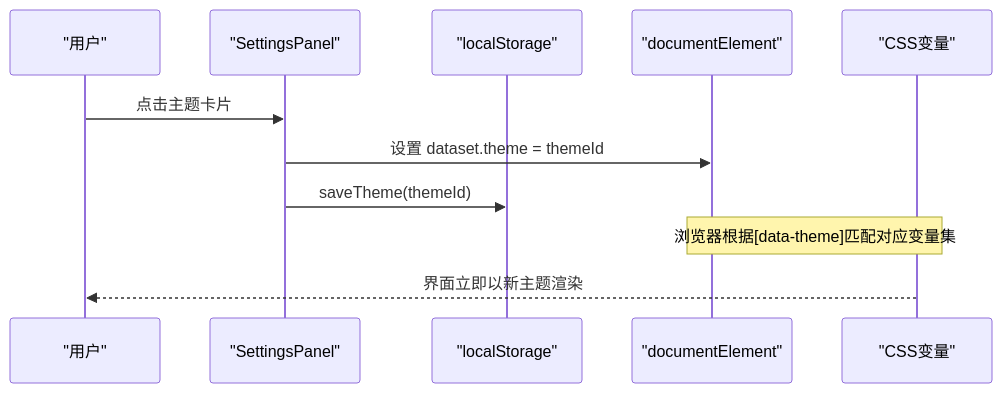
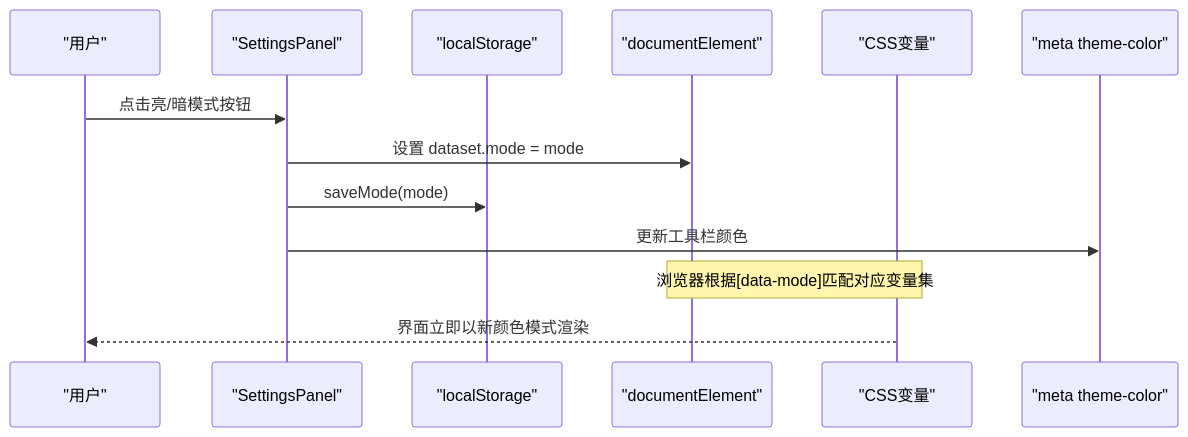
The second of 5 diagrams in .qoder/repowiki/zh/content/配置管理/主题配置系统.md (billye220670/AIShop), drawn with Mermaid before and after one commit. The commit also changed other lines of this file and 44 other files, not shown here.

````diff
--- a/.qoder/repowiki/zh/content/配置管理/主题配置系统.md
+++ b/.qoder/repowiki/zh/content/配置管理/主题配置系统.md
@@ -82,13 +106,15 @@
 ```mermaid
 sequenceDiagram
 participant U as "用户"
 participant S as "SettingsPanel"
 participant L as "localStorage"
 participant D as "documentElement"
 participant C as "CSS变量"
-U->>S : 点击主题卡片
-S->>D : 设置 dataset.theme = themeId
-S->>L : saveTheme(themeId)
-Note over D,C : 浏览器根据[data-theme]匹配对应变量集
-C-->>U : 界面立即以新主题渲染
+participant M as "meta theme-color"
+U->>S : 点击亮/暗模式按钮
+S->>D : 设置 dataset.mode = mode
+S->>L : saveMode(mode)
+S->>M : 更新工具栏颜色
+Note over D,C : 浏览器根据[data-mode]匹配对应变量集
+C-->>U : 界面立即以新颜色模式渲染
 ```
````
